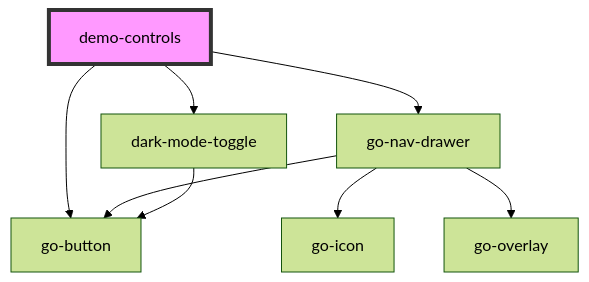
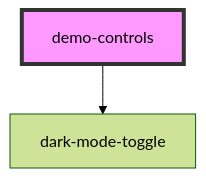
One commit to getgoui/go-ui changed the diagram in packages/docsite-utils/src/components/demo-components/demo-controls/readme.md. Above: the diagram before and after it, drawn with Mermaid (forest theme). The commit also changed other lines of this file and 6 other files, not shown here.

````diff
--- a/packages/docsite-utils/src/components/demo-components/demo-controls/readme.md
+++ b/packages/docsite-utils/src/components/demo-components/demo-controls/readme.md
@@ -17,11 +15,5 @@
 ```mermaid
 graph TD;
-  demo-controls --> go-button
-  demo-controls --> go-nav-drawer
   demo-controls --> dark-mode-toggle
-  go-nav-drawer --> go-button
-  go-nav-drawer --> go-icon
-  go-nav-drawer --> go-overlay
-  dark-mode-toggle --> go-button
   style demo-controls fill:#f9f,stroke:#333,stroke-width:4px
 ```
````
